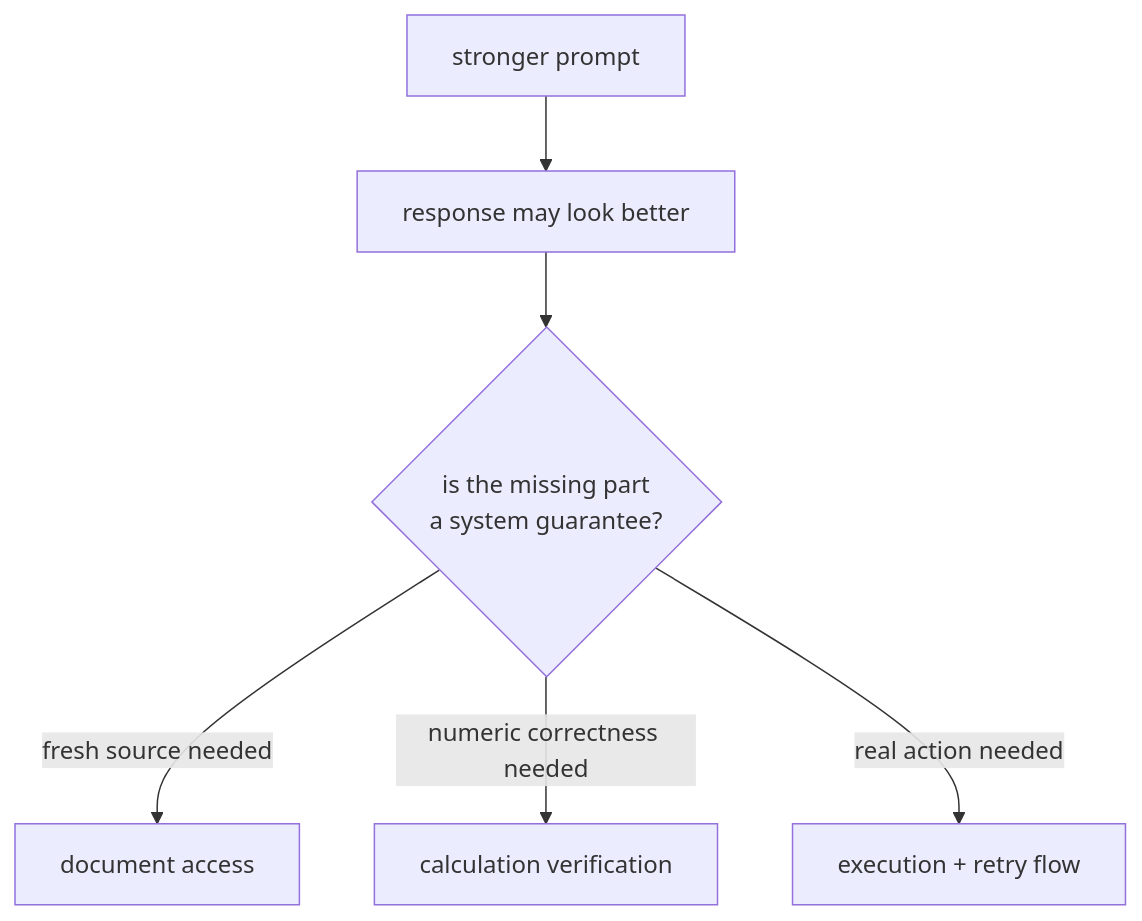
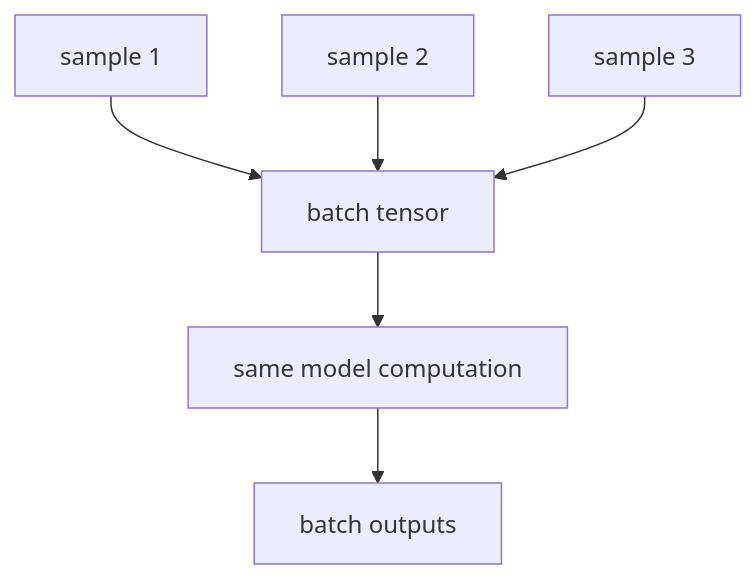
Before and after one commit to devchan64/AiBook: the diagram in docs/parts/part-05/chapter-09/section-02.md, drawn with Mermaid. The commit also changed other lines of this file and 213 other files, not shown here.

````diff
--- a/docs/parts/part-05/chapter-09/section-02.md
+++ b/docs/parts/part-05/chapter-09/section-02.md
@@ -177,11 +124,15 @@
 ```mermaid
 flowchart TD
-  A["stronger prompt"]
-  B["response may look better"]
-  C{"is the missing part\na system guarantee?"}
+  A["sample 1"]
+  B["sample 2"]
+  C["sample 3"]
+  D["batch tensor"]
+  E["same model computation"]
+  F["batch outputs"]
 
-  A --> B --> C
-  C -->|fresh source needed| D["document access"]
-  C -->|numeric correctness needed| E["calculation verification"]
-  C -->|real action needed| F["execution + retry flow"]
+  A --> D
+  B --> D
+  C --> D
+  D --> E
+  E --> F
 ```
````
